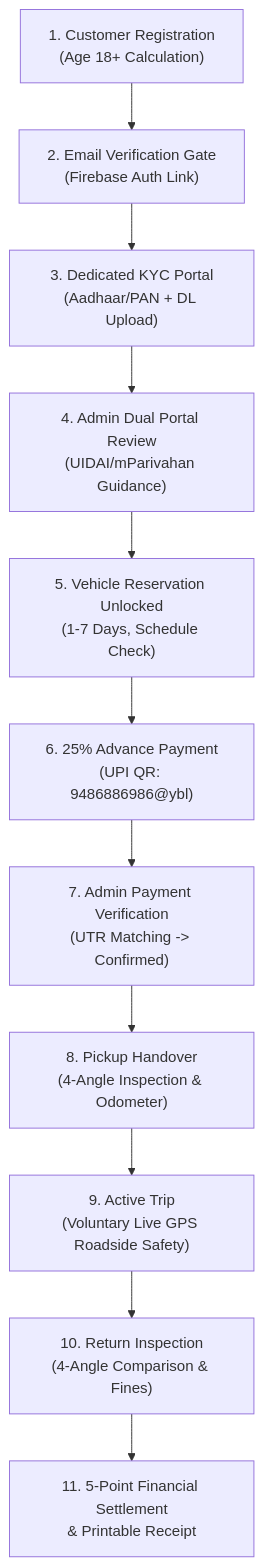
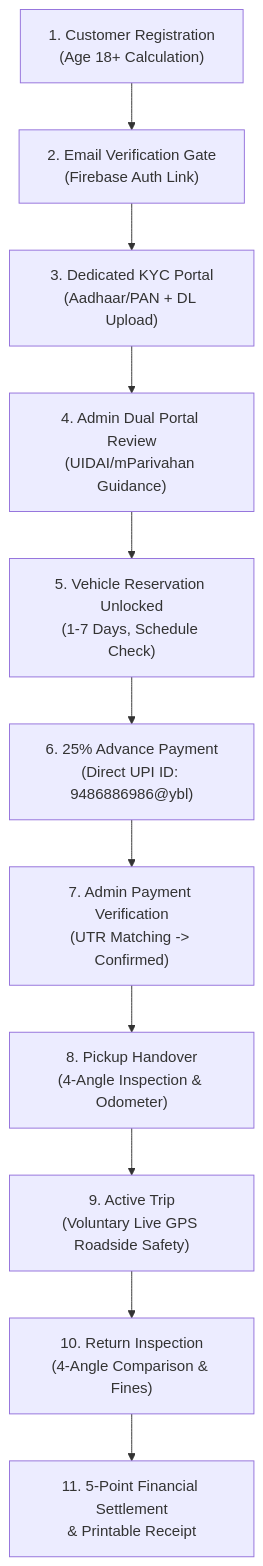
The first of 2 diagrams in K3L-Rentals/docs/FINAL_IMPLEMENTATION_REPORT.md (Krash-code/K3L-Rentals), drawn with Mermaid before and after one commit. The commit also changed other lines of this file and 19 other files, not shown here.

````diff
--- a/K3L-Rentals/docs/FINAL_IMPLEMENTATION_REPORT.md
+++ b/K3L-Rentals/docs/FINAL_IMPLEMENTATION_REPORT.md
@@ -29,13 +30,13 @@
 ```mermaid
 flowchart TD
     A["1. Customer Registration<br/>(Age 18+ Calculation)"] --> B["2. Email Verification Gate<br/>(Firebase Auth Link)"]
     B --> C["3. Dedicated KYC Portal<br/>(Aadhaar/PAN + DL Upload)"]
     C --> D["4. Admin Dual Portal Review<br/>(UIDAI/mParivahan Guidance)"]
     D --> E["5. Vehicle Reservation Unlocked<br/>(1-7 Days, Schedule Check)"]
-    E --> F["6. 25% Advance Payment<br/>(UPI QR: 9486886986@ybl)"]
+    E --> F["6. 25% Advance Payment<br/>(Direct UPI ID: 9486886986@ybl)"]
     F --> G["7. Admin Payment Verification<br/>(UTR Matching -> Confirmed)"]
     G --> H["8. Pickup Handover<br/>(4-Angle Inspection & Odometer)"]
     H --> I["9. Active Trip<br/>(Voluntary Live GPS Roadside Safety)"]
     I --> J["10. Return Inspection<br/>(4-Angle Comparison & Fines)"]
     J --> K["11. 5-Point Financial Settlement<br/>& Printable Receipt"]
 ```
````
